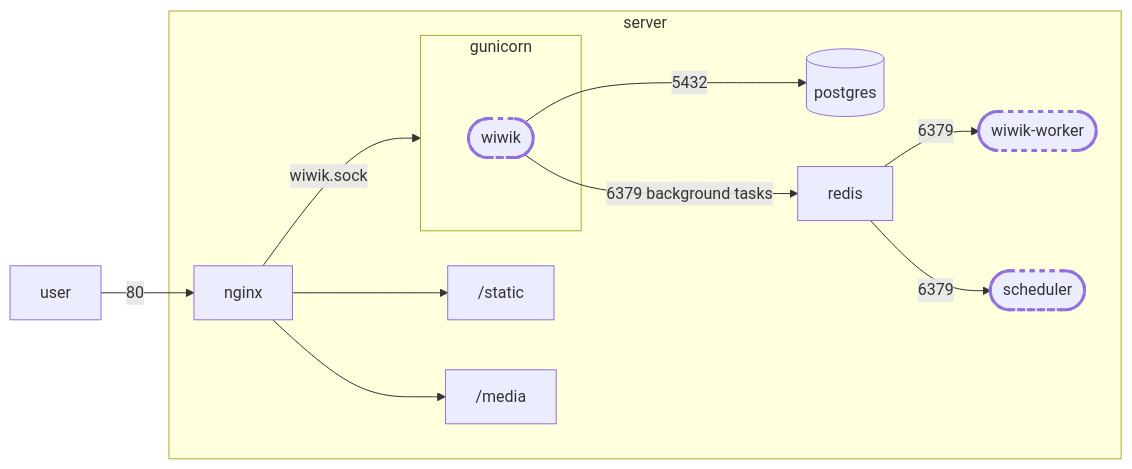
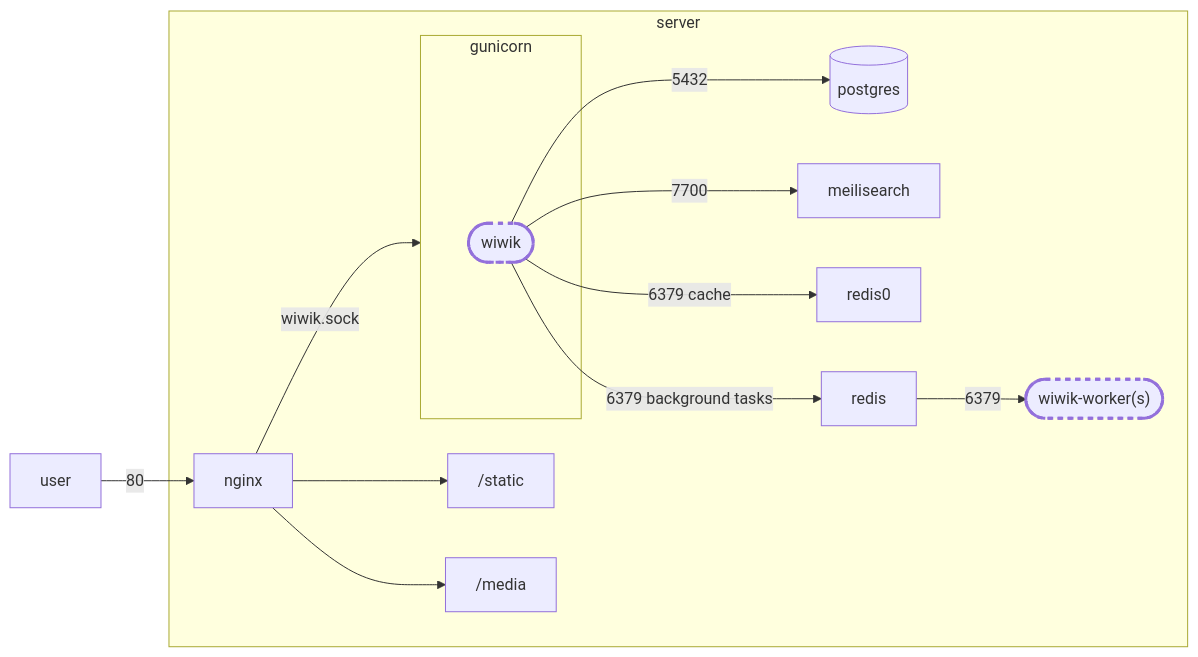
Before and after one commit to dsoftwareinc/wiwik: the second of 2 diagrams in docs/arch/deployment.md, drawn with Mermaid.

Commit message:
fix:deployment diagram

````diff
--- a/docs/arch/deployment.md
+++ b/docs/arch/deployment.md
@@ -43,20 +43,20 @@
 ```mermaid
 flowchart LR
     subgraph server
         wiwik -- 5432 --> postgres[(postgres)]
+        wiwik -- 7700 --> meilisearch
+        wiwik -- 6379 cache --> redis0
         wiwik -- 6379 background tasks --> redis
-        redis -- 6379 --> wiwik-worker([wiwik-worker])
-        redis -- 6379 --> scheduler([scheduler])
+        redis -- 6379 --> wiwik-worker(["wiwik-worker(s)"])
         style wiwik-worker stroke-width:3px,stroke-dasharray: 5 5;
-        style scheduler stroke-width:3px,stroke-dasharray: 5 5;
         nginx -- wiwik.sock --> gunicorn
         nginx
         subgraph gunicorn
             wiwik([wiwik])
             style wiwik stroke-width:3px,stroke-dasharray: 5 5;
         end
         nginx --> /static
         nginx --> /media
     end
     user -- 80 --> nginx
 ```
````
